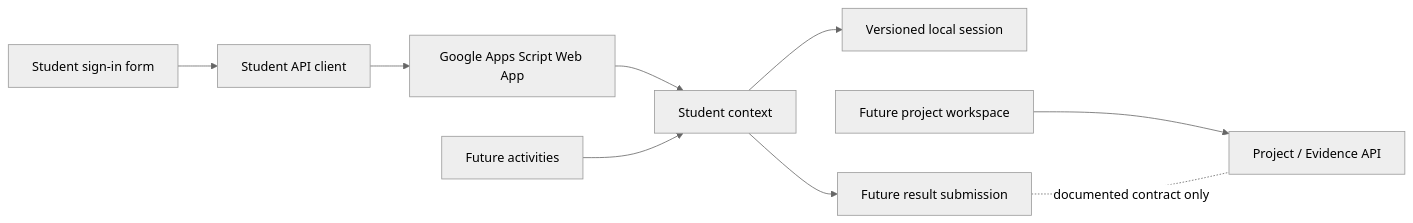
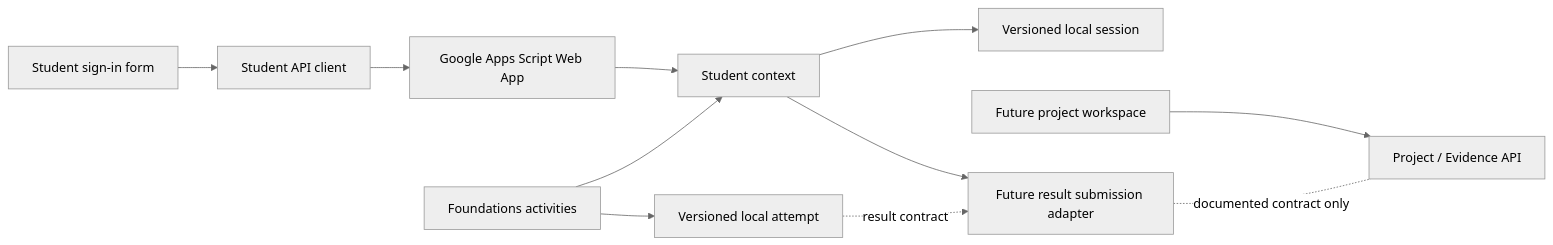
The diagram in docs/ARCHITECTURE.md (Acerosa/tlevel-software-development-hub), drawn with Mermaid (neutral theme) before and after one commit. The commit also changed other lines of this file and 2 other files, not shown here.

Commit message:
docs: document foundations activity architecture

````diff
--- a/docs/ARCHITECTURE.md
+++ b/docs/ARCHITECTURE.md
@@ -101,11 +156,13 @@
 ```mermaid
 flowchart LR
     SignIn["Student sign-in form"] --> Client["Student API client"]
     Client --> AppsScript["Google Apps Script Web App"]
     AppsScript --> Context["Student context"]
     Context --> Session["Versioned local session"]
-    Activities["Future activities"] --> Context
-    Context --> Learning["Future result submission"]
+    Activities["Foundations activities"] --> Context
+    Activities --> Local["Versioned local attempt"]
+    Context --> Learning["Future result submission adapter"]
+    Local -. "result contract" .-> Learning
     Projects["Future project workspace"] --> Evidence["Project / Evidence API"]
     Learning -. "documented contract only" .- Evidence
 ```
````
